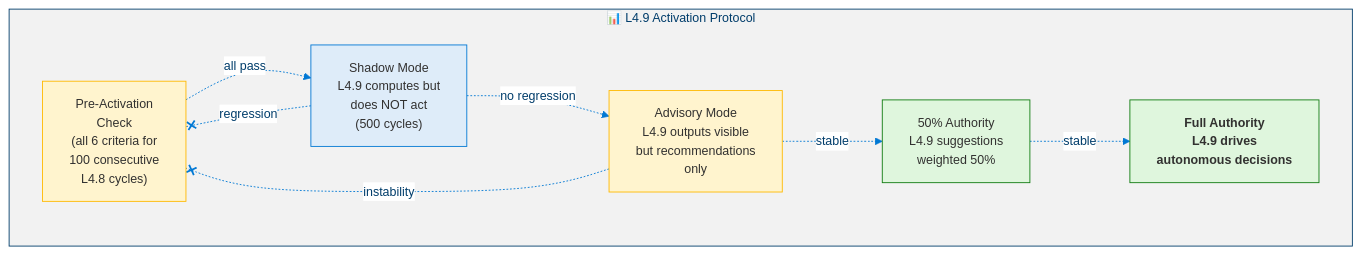
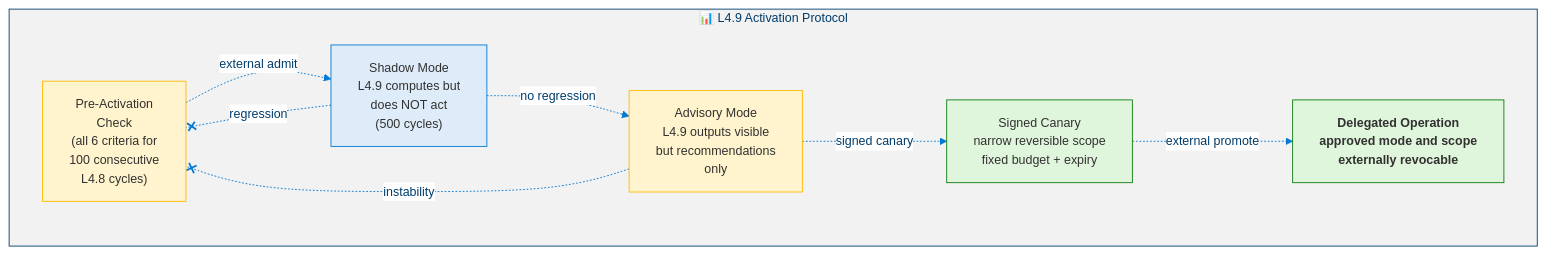
Diagram 18 of 19 in docs/levels/Level_4_9_Autonomous_Strategic_Agent.md (dotnetpower/mscp), drawn with Mermaid before and after one commit. The commit also changed other lines of this file and 21 other files, not shown here.

````diff
--- a/docs/levels/Level_4_9_Autonomous_Strategic_Agent.md
+++ b/docs/levels/Level_4_9_Autonomous_Strategic_Agent.md
@@ -1345,25 +1405,25 @@
 ```mermaid
 %%{init: {'theme': 'base', 'themeVariables': {'primaryColor': '#0078D4', 'primaryTextColor': '#003D6B', 'primaryBorderColor': '#003D6B', 'secondaryColor': '#50E6FF', 'secondaryTextColor': '#323130', 'secondaryBorderColor': '#00BCF2', 'tertiaryColor': '#F2F2F2', 'tertiaryTextColor': '#323130', 'lineColor': '#0078D4', 'textColor': '#323130', 'mainBkg': '#DEECF9', 'nodeBorder': '#0078D4', 'clusterBkg': '#F2F2F2', 'clusterBorder': '#003D6B', 'titleColor': '#003D6B', 'edgeLabelBackground': '#FFFFFF', 'fontSize': '14px'}}}%%
 flowchart TD
   classDef check fill:#FFF4CE,stroke:#FFB900,color:#323130
   classDef shadow fill:#DEECF9,stroke:#0078D4,color:#323130
   classDef adv fill:#FFF4CE,stroke:#FFB900,color:#323130
   classDef grad fill:#DFF6DD,stroke:#107C10,color:#323130
   classDef full fill:#DFF6DD,stroke:#107C10,color:#323130,font-weight:bold
 
   subgraph Activation["📊 L4.9 Activation Protocol"]
     CHECK["Pre-Activation<br/>Check<br/>(all 6 criteria for<br/>100 consecutive<br/>L4.8 cycles)"]:::check
     SHADOW["Shadow Mode<br/>L4.9 computes but<br/>does NOT act<br/>(500 cycles)"]:::shadow
     ADV["Advisory Mode<br/>L4.9 outputs visible<br/>but recommendations<br/>only"]:::adv
-    GRAD["50% Authority<br/>L4.9 suggestions<br/>weighted 50%"]:::grad
-    FULL["Full Authority<br/>L4.9 drives<br/>autonomous decisions"]:::full
+    GRAD["Signed Canary<br/>narrow reversible scope<br/>fixed budget + expiry"]:::grad
+    FULL["Delegated Operation<br/>approved mode and scope<br/>externally revocable"]:::full
 
-    CHECK -.->|"all pass"| SHADOW
+    CHECK -.->|"external admit"| SHADOW
     SHADOW -.->|"no regression"| ADV
-    ADV -.->|"stable"| GRAD
-    GRAD -.->|"stable"| FULL
+    ADV -.->|"signed canary"| GRAD
+    GRAD -.->|"external promote"| FULL
 
     SHADOW -.-x|"regression"| CHECK
     ADV -.-x|"instability"| CHECK
   end
 ```
````
